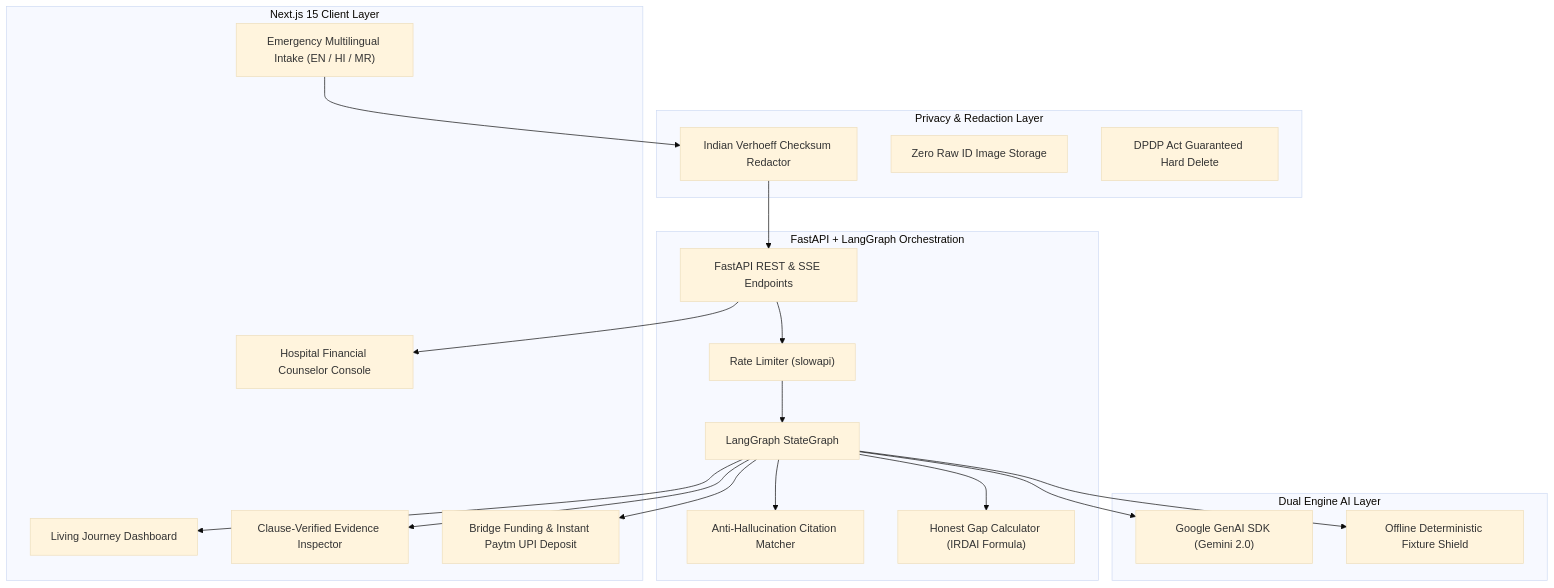
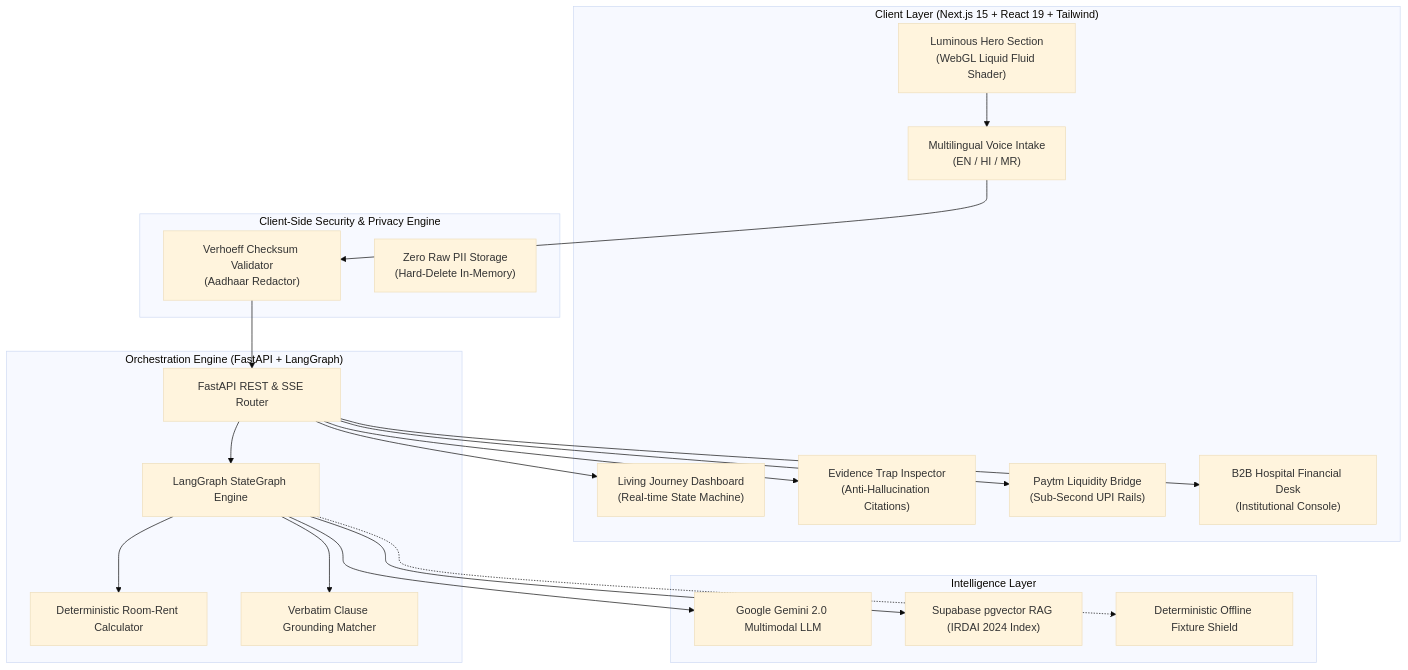
Before and after one commit to CaptainSanskar4U/Paytm-LifeEvent-Ai: the second of 2 diagrams in README.md, drawn with Mermaid (base theme). The commit also changed other lines of this file and 21 other files, not shown here.

````diff
--- a/README.md
+++ b/README.md
@@ -57,41 +108,42 @@
 ```mermaid
-flowchart TD
-    subgraph Client ["Next.js 15 Client Layer"]
-        A["Emergency Multilingual Intake (EN / HI / MR)"]
-        B["Living Journey Dashboard"]
-        C["Clause-Verified Evidence Inspector"]
-        D["Bridge Funding & Instant Paytm UPI Deposit"]
-        E["Hospital Financial Counselor Console"]
+flowchart TB
+    subgraph UI ["Client Layer (Next.js 15 + React 19 + Tailwind)"]
+        Hero["Luminous Hero Section\n(WebGL Liquid Fluid Shader)"]
+        Intake["Multilingual Voice Intake\n(EN / HI / MR)"]
+        Journey["Living Journey Dashboard\n(Real-time State Machine)"]
+        Inspector["Evidence Trap Inspector\n(Anti-Hallucination Citations)"]
+        Bridge["Paytm Liquidity Bridge\n(Sub-Second UPI Rails)"]
+        Hospital["B2B Hospital Financial Desk\n(Institutional Console)"]
     end
 
-    subgraph Security ["Privacy & Redaction Layer"]
-        F["Indian Verhoeff Checksum Redactor"]
-        G["Zero Raw ID Image Storage"]
-        H["DPDP Act Guaranteed Hard Delete"]
+    subgraph Security ["Client-Side Security & Privacy Engine"]
+        Verhoeff["Verhoeff Checksum Validator\n(Aadhaar Redactor)"]
+        PII["Zero Raw PII Storage\n(Hard-Delete In-Memory)"]
     end
 
-    subgraph Backend ["FastAPI + LangGraph Orchestration"]
-        I["FastAPI REST & SSE Endpoints"]
-        J["Rate Limiter (slowapi)"]
-        K["LangGraph StateGraph"]
-        L["Anti-Hallucination Citation Matcher"]
-        M["Honest Gap Calculator (IRDAI Formula)"]
+    subgraph Core ["Orchestration Engine (FastAPI + LangGraph)"]
+        API["FastAPI REST & SSE Router"]
+        Graph["LangGraph StateGraph Engine"]
+        Math["Deterministic Room-Rent Calculator"]
+        Matcher["Verbatim Clause Grounding Matcher"]
     end
 
-    subgraph AI ["Dual Engine AI Layer"]
-        N["Google GenAI SDK (Gemini 2.0)"]
-        O["Offline Deterministic Fixture Shield"]
+    subgraph AI ["Intelligence Layer"]
+        Gemini["Google Gemini 2.0 Multimodal LLM"]
+        RAG["Supabase pgvector RAG (IRDAI 2024 Index)"]
+        Fallback["Deterministic Offline Fixture Shield"]
     end
 
-    A --> F
-    F --> I
-    I --> J --> K
-    K --> L
-    K --> M
-    K --> N
-    K --> O
-    K --> B
-    K --> C
-    K --> D
-    I --> E
+    Hero --> Intake
+    Intake --> Verhoeff --> API
+    API --> Graph
+    Graph --> Math
+    Graph --> Matcher
+    Graph --> Gemini
+    Graph --> RAG
+    Graph -.-> Fallback
+    API --> Journey
+    API --> Inspector
+    API --> Bridge
+    API --> Hospital
 ```
````
